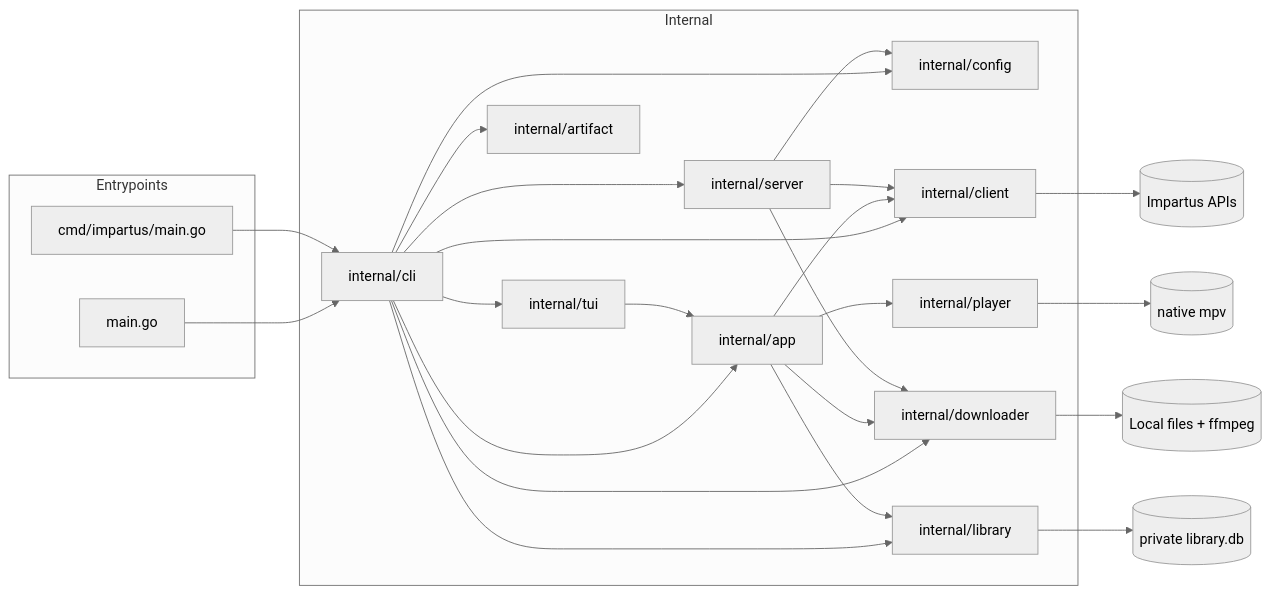
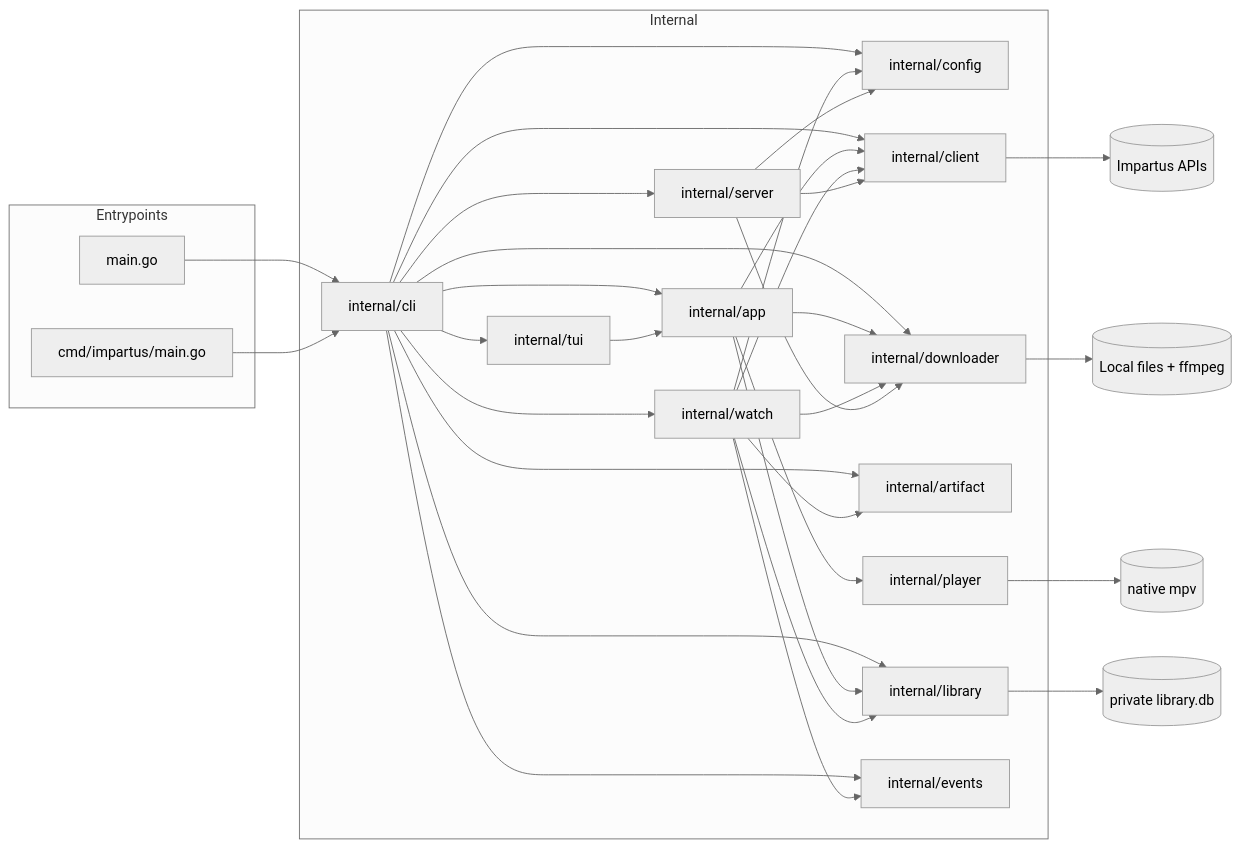
The seventh of 7 diagrams in docs/architecture.md (rabesss/impartus-cli), drawn with Mermaid (neutral theme) before and after one commit. The commit also changed other lines of this file and 24 other files, not shown here.

````diff
--- a/docs/architecture.md
+++ b/docs/architecture.md
@@ -206,48 +240,58 @@
 ```mermaid
 flowchart LR
   subgraph Entrypoints
     M1[main.go]
     M2[cmd/impartus/main.go]
   end
 
   subgraph Internal
     CLI[internal/cli]
     TUI[internal/tui]
     CFG[internal/config]
     CLT[internal/client]
     DL[internal/downloader]
     ART[internal/artifact]
     APP[internal/app]
     PLR[internal/player]
     LIB[internal/library]
+    EVT[internal/events]
+    WATCH[internal/watch]
     SRV[internal/server]
   end
 
   IMP[(Impartus APIs)]
   FS[(Local files + ffmpeg)]
   MPV[(native mpv)]
   DB[(private library.db)]
 
   M1 --> CLI
   M2 --> CLI
   CLI --> CFG
   CLI --> CLT
   CLI --> DL
   CLI --> ART
   CLI --> APP
   CLI --> TUI
   CLI --> LIB
+  CLI --> EVT
+  CLI --> WATCH
   CLI --> SRV
   APP --> CLT
   APP --> DL
   APP --> PLR
   APP --> LIB
   TUI --> APP
+  WATCH --> CFG
+  WATCH --> CLT
+  WATCH --> DL
+  WATCH --> ART
+  WATCH --> EVT
+  WATCH --> LIB
   SRV --> CFG
   SRV --> CLT
   SRV --> DL
   CLT --> IMP
   DL --> FS
   PLR --> MPV
   LIB --> DB
 ```
````
